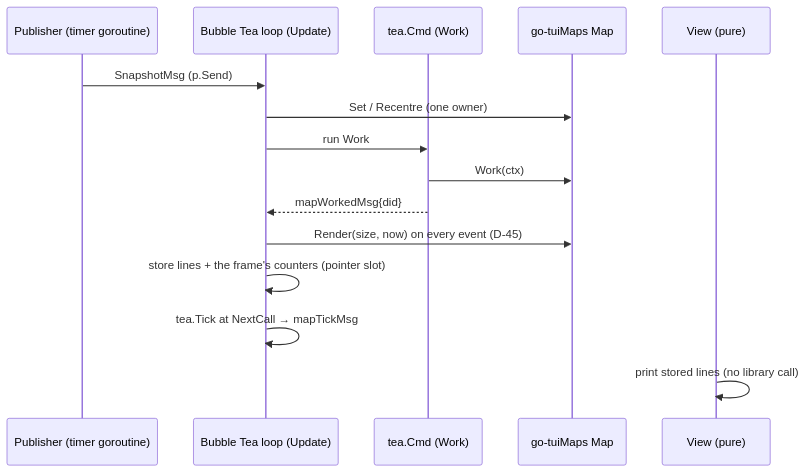
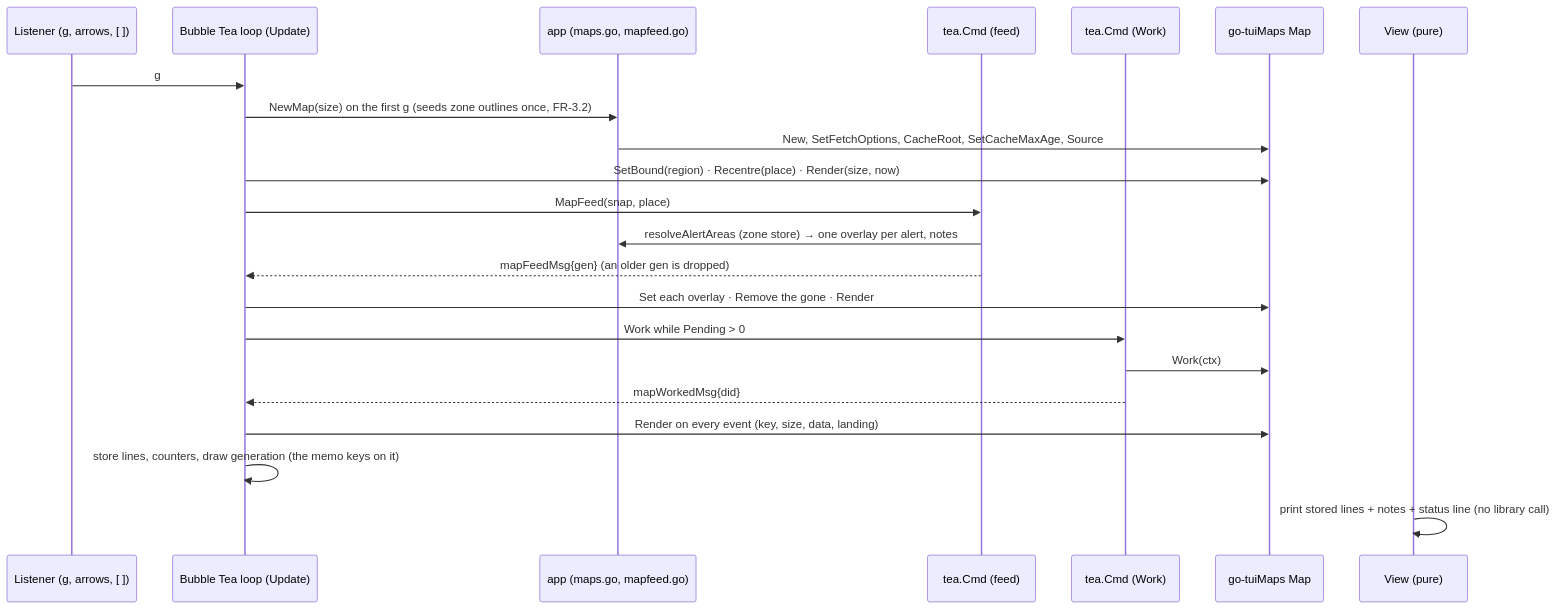
One commit to branden-thompson/watchpost changed the diagram in 06_docs/02_features/observer-maps/03-architecture-design/approach-1-render-placement.md. Above: the diagram before and after it, drawn with Mermaid. The commit also changed other lines of this file and 19 other files, not shown here.

First line of the commit message:
0.18.0 W5 batch 5: alert areas, and the diagrams brought to as-built

````diff
--- a/06_docs/02_features/observer-maps/03-architecture-design/approach-1-render-placement.md
+++ b/06_docs/02_features/observer-maps/03-architecture-design/approach-1-render-placement.md
@@ -90,17 +94,24 @@
 ```mermaid
 sequenceDiagram
-  participant P as Publisher (timer goroutine)
+  participant K as Listener (g, arrows, [ ])
   participant BT as Bubble Tea loop (Update)
+  participant A as app (maps.go, mapfeed.go)
+  participant F as tea.Cmd (feed)
   participant W as tea.Cmd (Work)
   participant L as go-tuiMaps Map
   participant V as View (pure)
-  P->>BT: SnapshotMsg (p.Send)
-  BT->>L: Set / Recentre (one owner)
-  BT->>W: run Work
+  K->>BT: g
+  BT->>A: NewMap(size) on the first g (seeds zone outlines once, FR-3.2)
+  A->>L: New, SetFetchOptions, CacheRoot, SetCacheMaxAge, Source
+  BT->>L: SetBound(region) · Recentre(place) · Render(size, now)
+  BT->>F: MapFeed(snap, place)
+  F->>A: resolveAlertAreas (zone store) → one overlay per alert, notes
+  F-->>BT: mapFeedMsg{gen} (an older gen is dropped)
+  BT->>L: Set each overlay · Remove the gone · Render
+  BT->>W: Work while Pending > 0
   W->>L: Work(ctx)
   W-->>BT: mapWorkedMsg{did}
-  BT->>L: Render(size, now) on every event (D-45)
-  BT->>BT: store lines + the frame's counters (pointer slot)
-  BT->>BT: tea.Tick at NextCall → mapTickMsg
-  V->>V: print stored lines (no library call)
+  BT->>L: Render on every event (key, size, data, landing)
+  BT->>BT: store lines, counters, draw generation (the memo keys on it)
+  V->>V: print stored lines + notes + status line (no library call)
 ```
````
